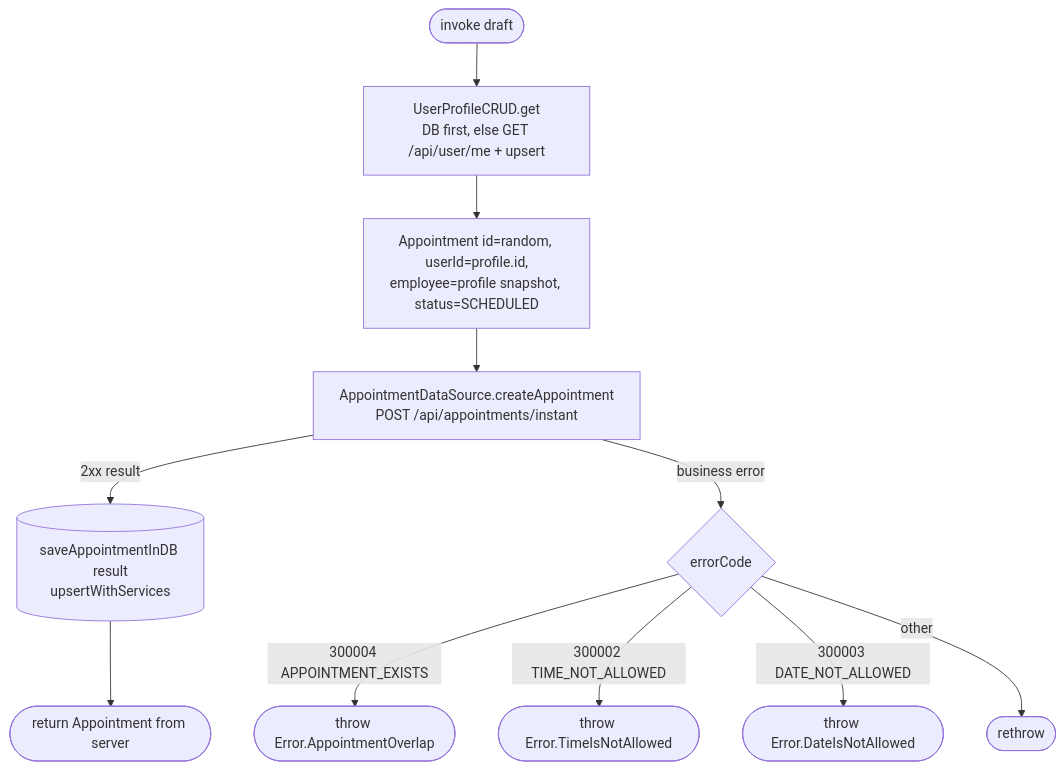
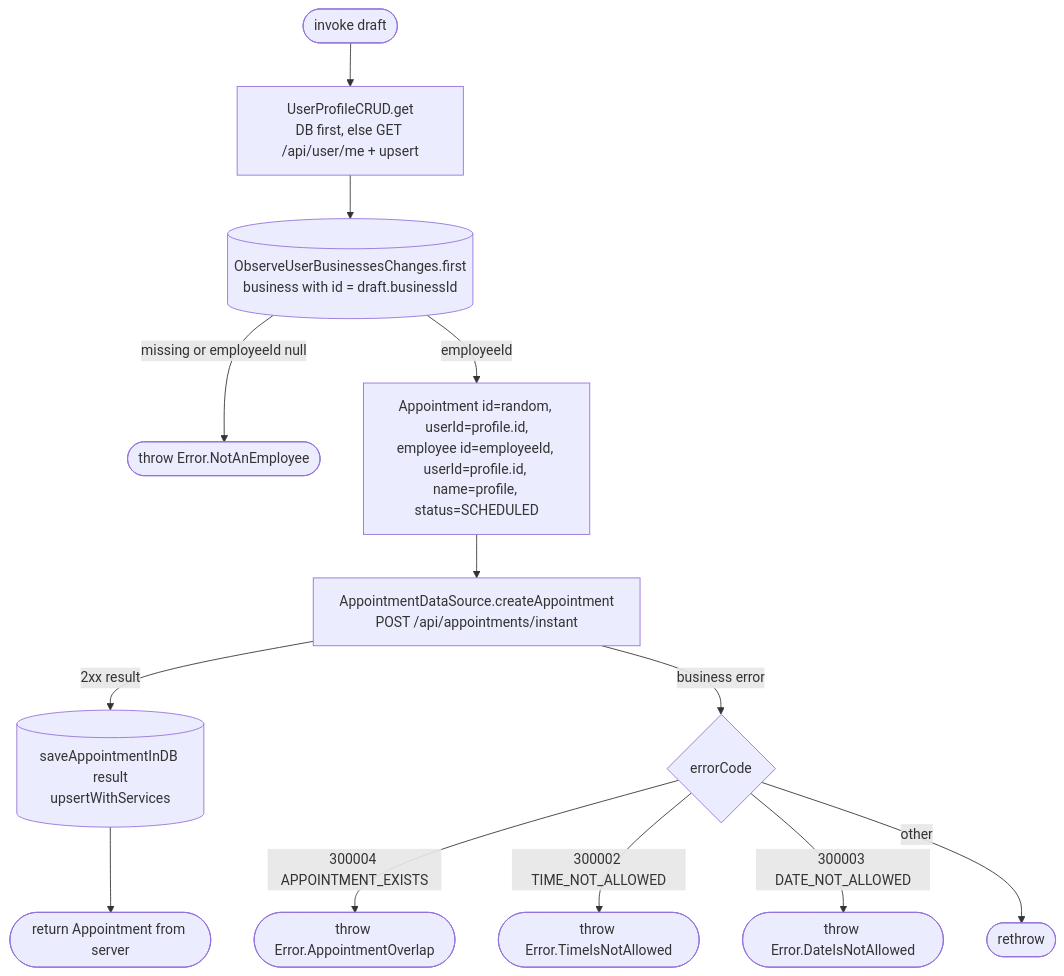
The diagram in docs/operations/appointments/create-appointment.md (nocturneproperties/bookkme-client), drawn with Mermaid before and after one commit. The commit also changed other lines of this file and 33 other files, not shown here.

````diff
--- a/docs/operations/appointments/create-appointment.md
+++ b/docs/operations/appointments/create-appointment.md
@@ -13,13 +16,15 @@
 ```mermaid
 flowchart TD
     Start([invoke draft]) --> Profile[UserProfileCRUD.get<br/>DB first, else GET /api/user/me + upsert]
-    Profile --> Build[Appointment id=random, userId=profile.id,<br/>employee=profile snapshot, status=SCHEDULED]
+    Profile --> Biz[(ObserveUserBusinessesChanges.first<br/>business with id = draft.businessId)]
+    Biz -- missing or employeeId null --> E0([throw Error.NotAnEmployee])
+    Biz -- employeeId --> Build[Appointment id=random, userId=profile.id,<br/>employee id=employeeId, userId=profile.id, name=profile, status=SCHEDULED]
     Build --> Net[AppointmentDataSource.createAppointment<br/>POST /api/appointments/instant]
     Net -- 2xx result --> Save[(saveAppointmentInDB result<br/>upsertWithServices)]
     Save --> R([return Appointment from server])
     Net -- business error --> Code{errorCode}
     Code -- 300004 APPOINTMENT_EXISTS --> E1([throw Error.AppointmentOverlap])
     Code -- 300002 TIME_NOT_ALLOWED --> E2([throw Error.TimeIsNotAllowed])
     Code -- 300003 DATE_NOT_ALLOWED --> E3([throw Error.DateIsNotAllowed])
     Code -- other --> EX([rethrow])
 ```
````
